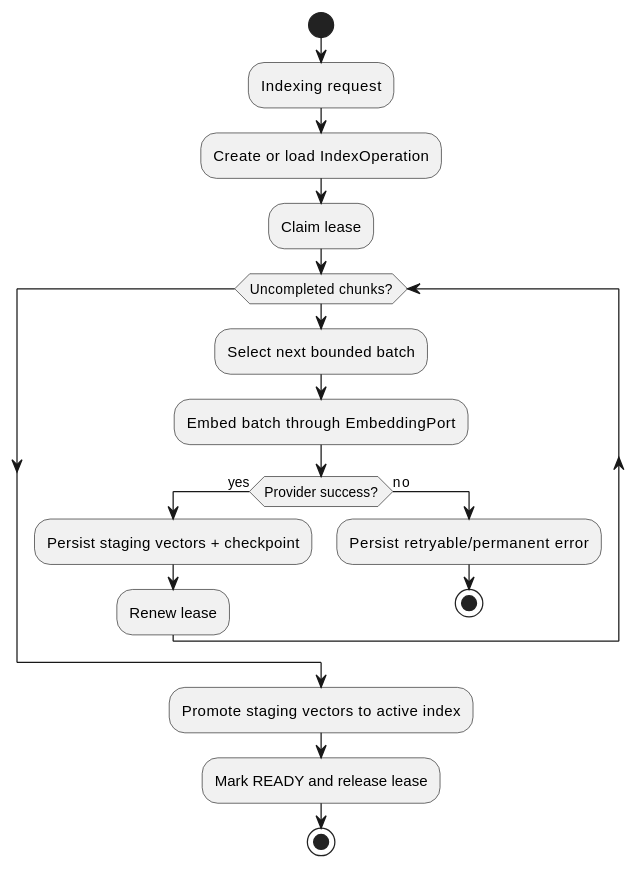
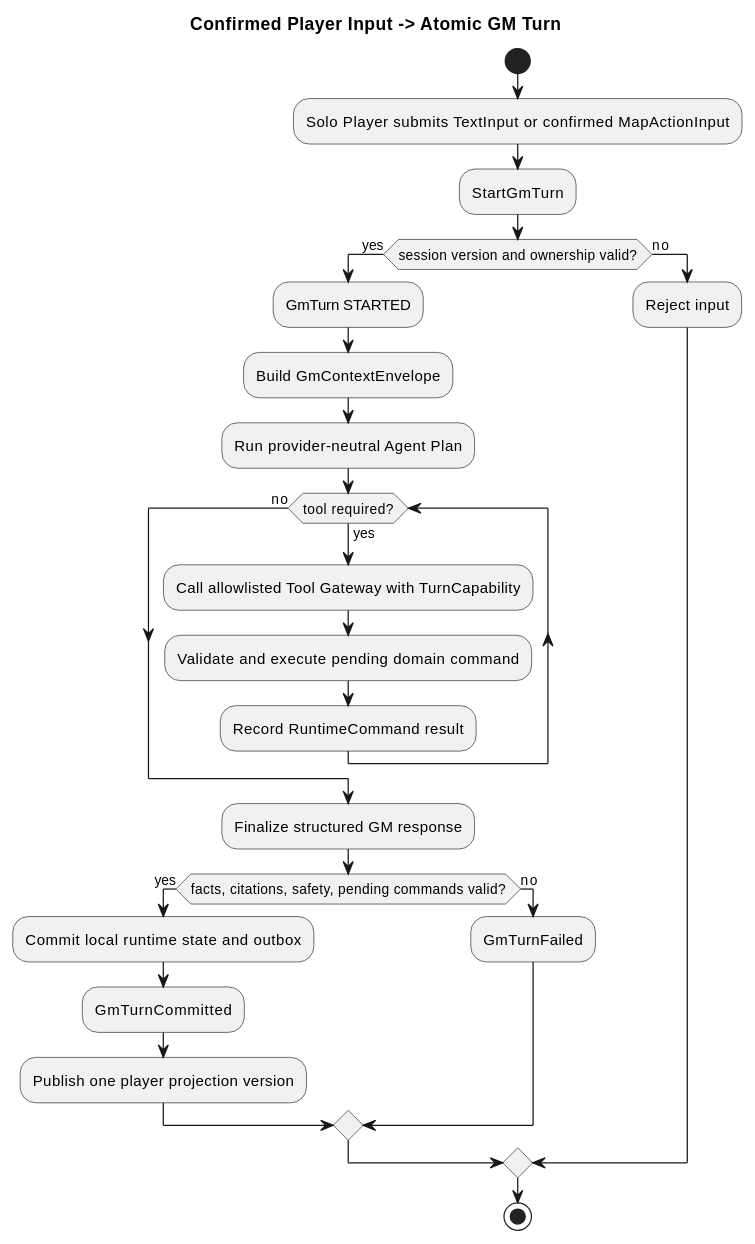
The first of 3 diagrams in docs/specs/architecture-spec.md (omegafrog/dnd-master), drawn with PlantUML before and after one commit. The commit also changed other lines of this file and 47 other files, not shown here.

````diff
--- a/docs/specs/architecture-spec.md
+++ b/docs/specs/architecture-spec.md
@@ -28,22 +43,29 @@
 ```plantuml
 @startuml
+title Confirmed Player Input -> Atomic GM Turn
 start
-:Indexing request;
-:Create or load IndexOperation;
-:Claim lease;
-while (Uncompleted chunks?)
-  :Select next bounded batch;
-  :Embed batch through EmbeddingPort;
-  if (Provider success?) then (yes)
-    :Persist staging vectors + checkpoint;
-    :Renew lease;
+:Solo Player submits TextInput or confirmed MapActionInput;
+:StartGmTurn;
+if (session version and ownership valid?) then (yes)
+  :GmTurn STARTED;
+  :Build GmContextEnvelope;
+  :Run provider-neutral Agent Plan;
+  while (tool required?) is (yes)
+    :Call allowlisted Tool Gateway with TurnCapability;
+    :Validate and execute pending domain command;
+    :Record RuntimeCommand result;
+  endwhile (no)
+  :Finalize structured GM response;
+  if (facts, citations, safety, pending commands valid?) then (yes)
+    :Commit local runtime state and outbox;
+    :GmTurnCommitted;
+    :Publish one player projection version;
   else (no)
-    :Persist retryable/permanent error;
-    stop
+    :GmTurnFailed;
   endif
-endwhile
-:Promote staging vectors to active index;
-:Mark READY and release lease;
+else (no)
+  :Reject input;
+endif
 stop
 @enduml
 ```
````
